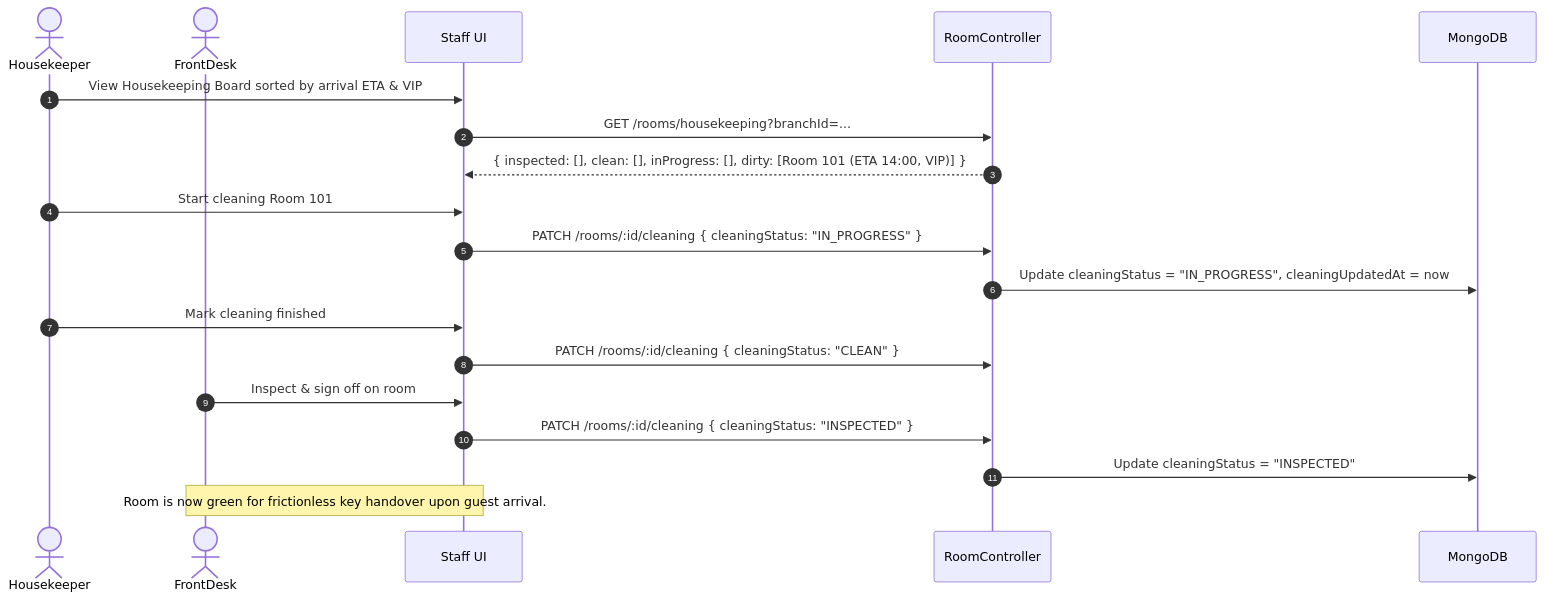
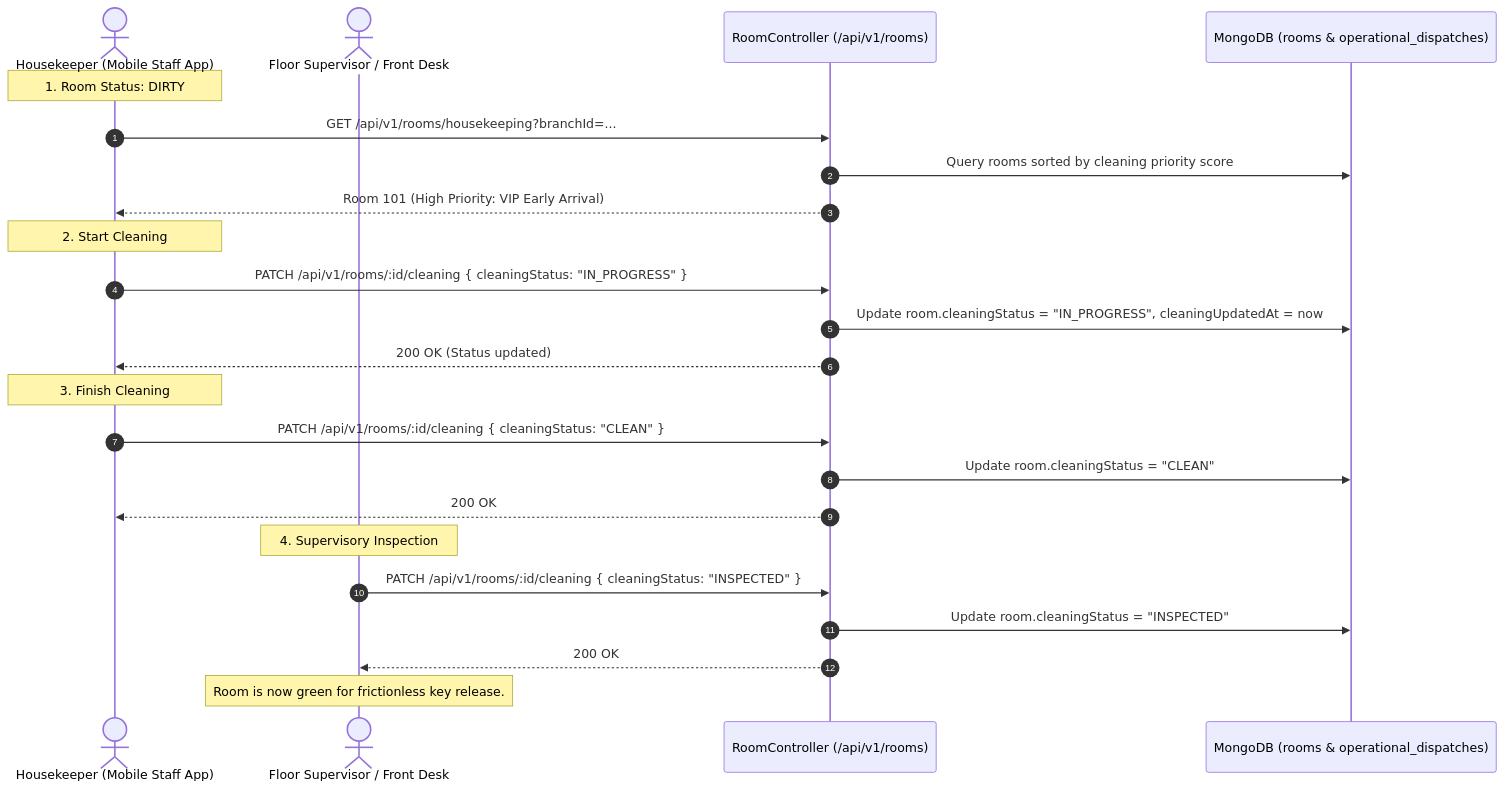
Before and after one commit to LynnT-2003/yoonie-frontend: the sixth of 7 diagrams in docs/SYSTEM_FLOWS.md, drawn with Mermaid. The commit also changed other lines of this file and 15 other files, not shown here.

````diff
--- a/docs/SYSTEM_FLOWS.md
+++ b/docs/SYSTEM_FLOWS.md
@@ -183,25 +202,29 @@
 ```mermaid
 sequenceDiagram
     autonumber
-    actor Housekeeper
-    actor FrontDesk
-    participant App as Staff UI
-    participant Room as RoomController
-    participant DB as MongoDB
+    actor Housekeeper as Housekeeper (Mobile Staff App)
+    actor Supervisor as Floor Supervisor / Front Desk
+    participant API as RoomController (/api/v1/rooms)
+    participant DB as MongoDB (rooms & operational_dispatches)
 
-    Housekeeper->>App: View Housekeeping Board sorted by arrival ETA & VIP
-    App->>Room: GET /rooms/housekeeping?branchId=...
-    Room-->>App: { inspected: [], clean: [], inProgress: [], dirty: [Room 101 (ETA 14:00, VIP)] }
+    Note over Housekeeper: 1. Room Status: DIRTY
+    Housekeeper->>API: GET /api/v1/rooms/housekeeping?branchId=...
+    API->>DB: Query rooms sorted by cleaning priority score
+    API-->>Housekeeper: Room 101 (High Priority: VIP Early Arrival)
 
-    Housekeeper->>App: Start cleaning Room 101
-    App->>Room: PATCH /rooms/:id/cleaning { cleaningStatus: "IN_PROGRESS" }
-    Room->>DB: Update cleaningStatus = "IN_PROGRESS", cleaningUpdatedAt = now
+    Note over Housekeeper: 2. Start Cleaning
+    Housekeeper->>API: PATCH /api/v1/rooms/:id/cleaning { cleaningStatus: "IN_PROGRESS" }
+    API->>DB: Update room.cleaningStatus = "IN_PROGRESS", cleaningUpdatedAt = now
+    API-->>Housekeeper: 200 OK (Status updated)
 
-    Housekeeper->>App: Mark cleaning finished
-    App->>Room: PATCH /rooms/:id/cleaning { cleaningStatus: "CLEAN" }
-    
-    FrontDesk->>App: Inspect & sign off on room
-    App->>Room: PATCH /rooms/:id/cleaning { cleaningStatus: "INSPECTED" }
-    Room->>DB: Update cleaningStatus = "INSPECTED"
-    Note over FrontDesk,App: Room is now green for frictionless key handover upon guest arrival.
+    Note over Housekeeper: 3. Finish Cleaning
+    Housekeeper->>API: PATCH /api/v1/rooms/:id/cleaning { cleaningStatus: "CLEAN" }
+    API->>DB: Update room.cleaningStatus = "CLEAN"
+    API-->>Housekeeper: 200 OK
+
+    Note over Supervisor: 4. Supervisory Inspection
+    Supervisor->>API: PATCH /api/v1/rooms/:id/cleaning { cleaningStatus: "INSPECTED" }
+    API->>DB: Update room.cleaningStatus = "INSPECTED"
+    API-->>Supervisor: 200 OK
+    Note over Supervisor: Room is now green for frictionless key release.
 ```
````
